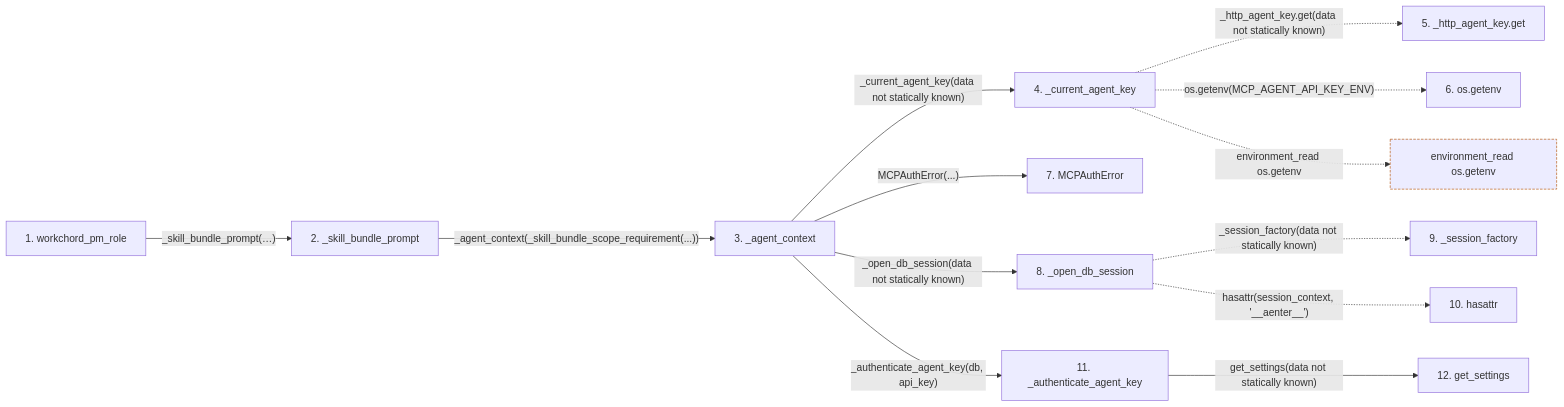
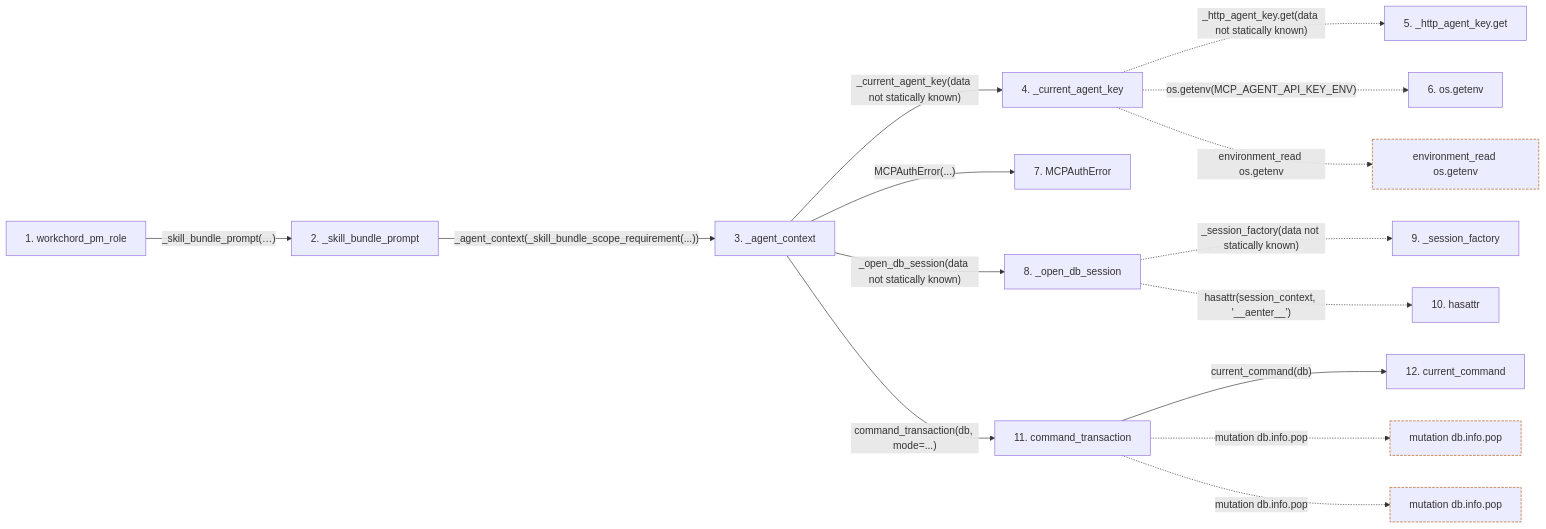
Before and after one commit to Denissvgn/WorkChord: the second of 2 diagrams in docs/llm_wiki/flows/mcp-workchord_pm_role.md, drawn with Mermaid. The commit also changed other lines of this file and 958 other files, not shown here.

First line of the commit message:
docs(wiki): refresh identity and recovery architecture

````diff
--- a/docs/llm_wiki/flows/mcp-workchord_pm_role.md
+++ b/docs/llm_wiki/flows/mcp-workchord_pm_role.md
@@ -72,38 +77,44 @@
 ```mermaid
 flowchart LR
     s1["1. workchord_pm_role"]
     s2["2. _skill_bundle_prompt"]
     s3["3. _agent_context"]
     s4["4. _current_agent_key"]
     s5["5. _http_agent_key.get"]
     s6["6. os.getenv"]
     s7["7. MCPAuthError"]
     s8["8. _open_db_session"]
     s9["9. _session_factory"]
     s10["10. hasattr"]
-    s11["11. _authenticate_agent_key"]
-    s12["12. get_settings"]
+    s11["11. command_transaction"]
+    s12["12. current_command"]
     s1 -->|"_skill_bundle_prompt(…)"| s2
     s2 -->|"_agent_context(_skill_bundle_scope_requirement(...))"| s3
     s3 -->|"_current_agent_key(data not statically known)"| s4
     s4 -. "_http_agent_key.get(data not statically known)" .-> s5
     s4 -. "os.getenv(MCP_AGENT_API_KEY_ENV)" .-> s6
     s3 -->|"MCPAuthError(...)"| s7
     s3 -->|"_open_db_session(data not statically known)"| s8
     s8 -. "_session_factory(data not statically known)" .-> s9
     s8 -. "hasattr(session_context, '__aenter__')" .-> s10
-    s3 -->|"_authenticate_agent_key(db, api_key)"| s11
-    s11 -->|"get_settings(data not statically known)"| s12
+    s3 -->|"command_transaction(db, mode=...)"| s11
+    s11 -->|"current_command(db)"| s12
     b0["environment_read os.getenv"]
     s4 -. "environment_read os.getenv" .-> b0
+    b1["mutation db.info.pop"]
+    s11 -. "mutation db.info.pop" .-> b1
+    b2["mutation db.info.pop"]
+    s11 -. "mutation db.info.pop" .-> b2
     click s1 "../modules/mcp_server.md"
     click s2 "../modules/mcp_server.md"
     click s3 "../modules/mcp_server.md"
     click s4 "../modules/mcp_server.md"
     click s7 "../modules/mcp_server.md"
     click s8 "../modules/mcp_server.md"
-    click s11 "../modules/mcp_server.md"
-    click s12 "../modules/config.md"
+    click s11 "../modules/commands.md"
+    click s12 "../modules/commands.md"
     classDef boundary stroke:#b45309,stroke-dasharray: 4 2
     class b0 boundary
+    class b1 boundary
+    class b2 boundary
 ```
````
